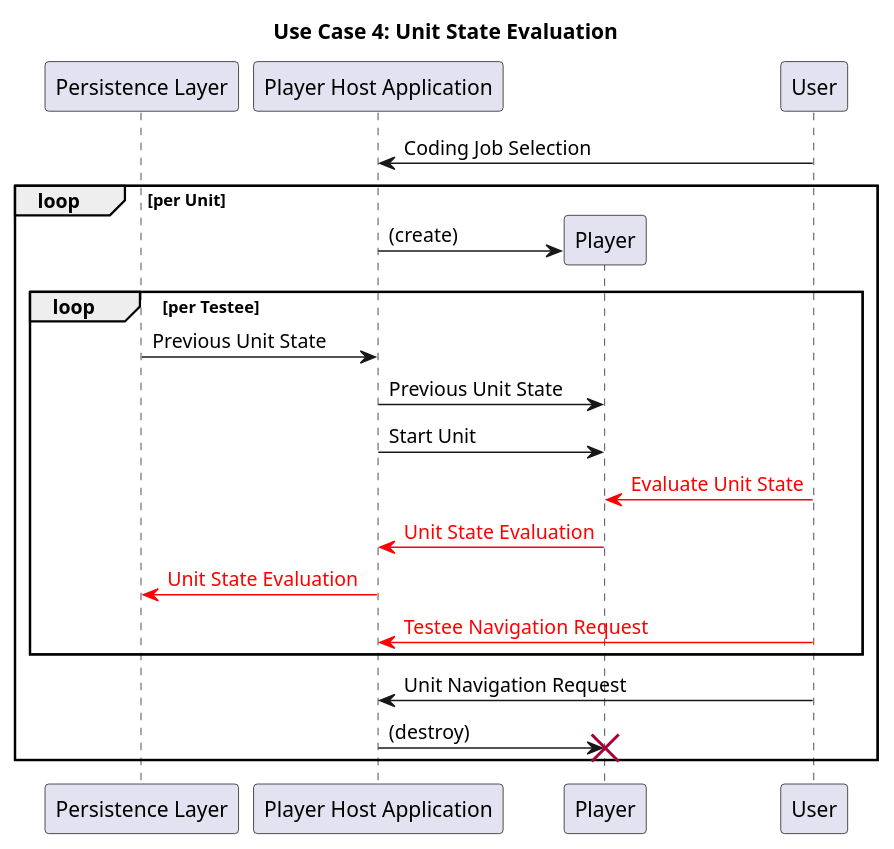
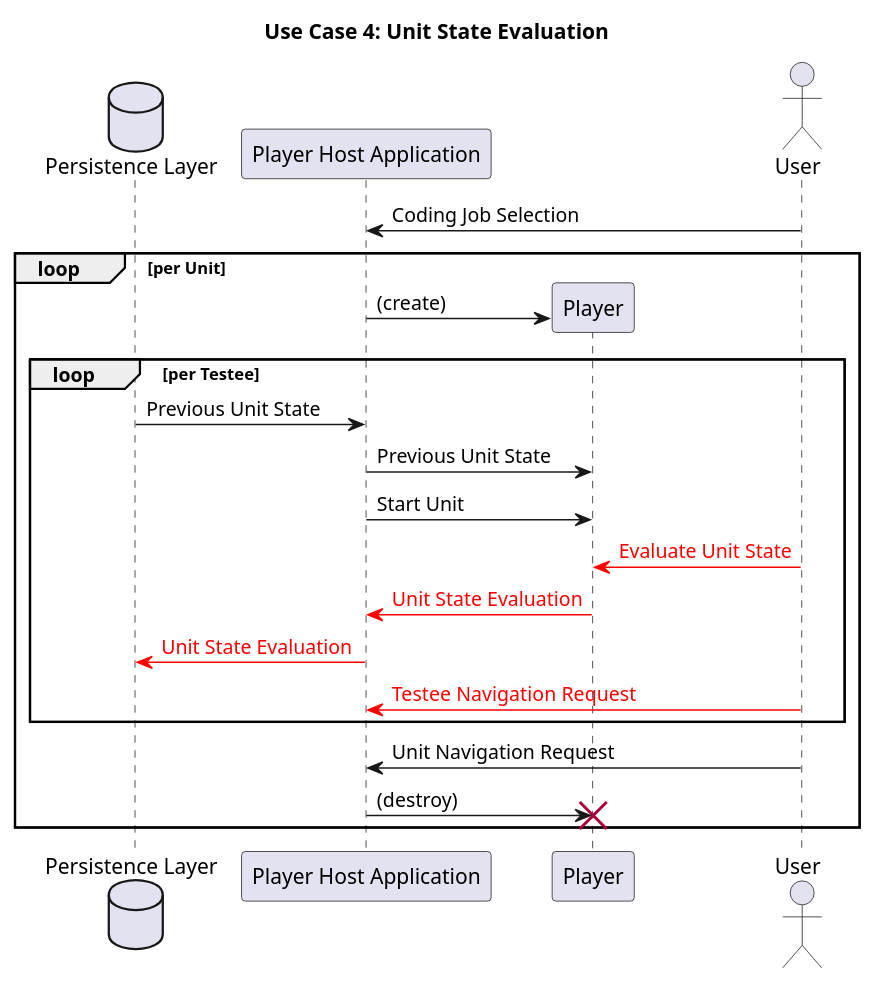
The diagram in model/usecase4.puml (verona-interfaces/player), drawn with PlantUML before and after one commit. The commit also changed 10 other files, not shown here.

```diff
--- a/model/usecase4.puml
+++ b/model/usecase4.puml
@@ -1,26 +1,26 @@
 @startuml
 title Use Case 4: Unit State Evaluation
-participant "Persistence Layer" as layer
+database "Persistence Layer" as layer
 participant "Player Host Application" as app
+actor User order 4
 User -> app: Coding Job Selection
 
 loop per Unit
     create Player
     app -> Player: (create)
     loop per Testee
         layer-> app: Previous Unit State
         app -> Player: Previous Unit State
         app -> Player: Start Unit
         User -[#red]> Player: <font color=red>Evaluate Unit State</font>
         Player -[#red]> app: <font color=red>Unit State Evaluation</font>
         app -[#red]> layer: <font color=red>Unit State Evaluation</font>
         User -[#red]> app: <font color=red>Testee Navigation Request</font>
     end
-    actor User
 
     User -> app: Unit Navigation Request
     app -> Player: (destroy)
     destroy Player
 end
 
 @enduml
```
